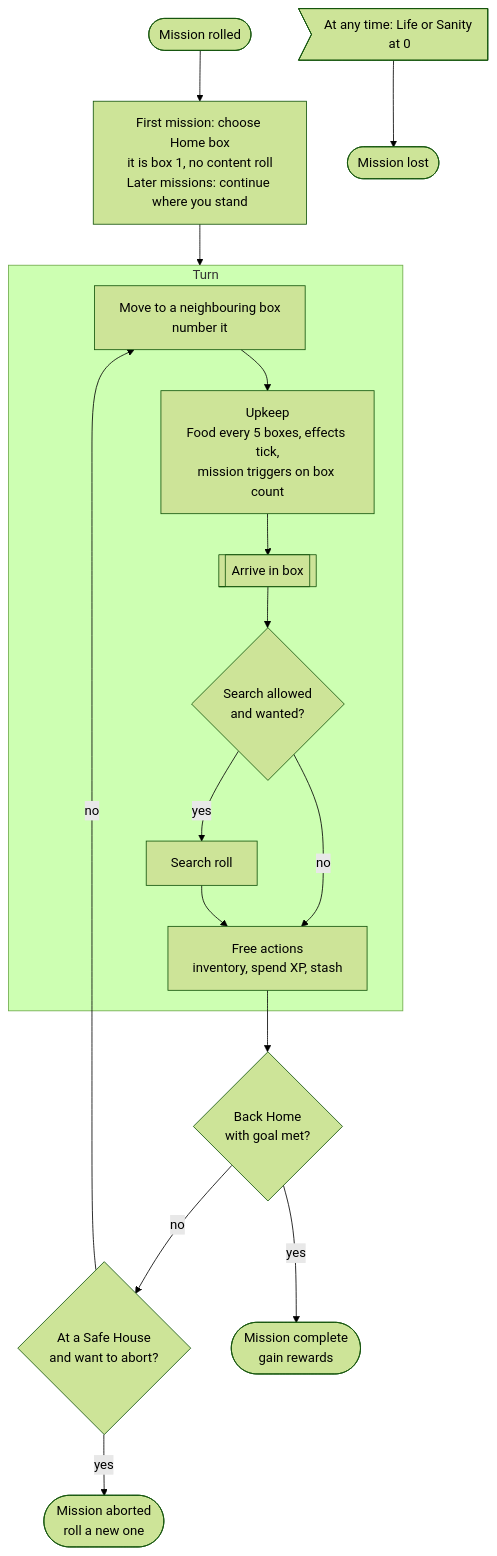
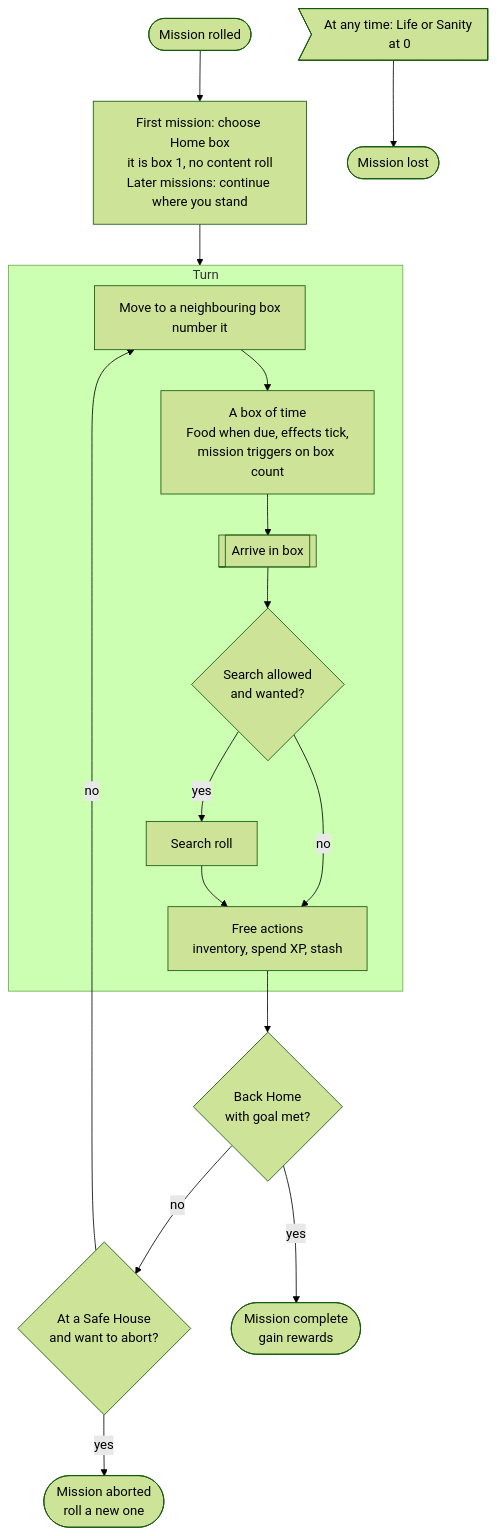
One commit to NathanChalot/AloneVsFEear changed the second of 3 diagrams in design/game-flow.md. Above: the diagram before and after it, drawn with Mermaid (forest theme). The commit also changed 33 other files, not shown here.

````diff
--- a/design/game-flow.md
+++ b/design/game-flow.md
@@ -31,20 +31,20 @@
 ```mermaid
 flowchart TD
     start([Mission rolled]) --> home[First mission: choose Home box<br/>it is box 1, no content roll<br/>Later missions: continue where you stand]
     home --> turn
     subgraph turn [Turn]
-        move[Move to a neighbouring box<br/>number it] --> upkeep[Upkeep<br/>Food every 5 boxes, effects tick,<br/>mission triggers on box count]
+        move[Move to a neighbouring box<br/>number it] --> upkeep[A box of time<br/>Food when due, effects tick,<br/>mission triggers on box count]
         upkeep --> arrive[[Arrive in box]]
         arrive --> search{Search allowed<br/>and wanted?}
         search -- yes --> doSearch[Search roll]
         search -- no --> free
         doSearch --> free[Free actions<br/>inventory, spend XP, stash]
     end
     free --> done{Back Home<br/>with goal met?}
     done -- no --> abort{At a Safe House<br/>and want to abort?}
     abort -- no --> move
     abort -- yes --> aborted([Mission aborted<br/>roll a new one])
     done -- yes --> win([Mission complete<br/>gain rewards])
 
     anywhere>At any time: Life or Sanity at 0] --> lose([Mission lost])
 ```
````
